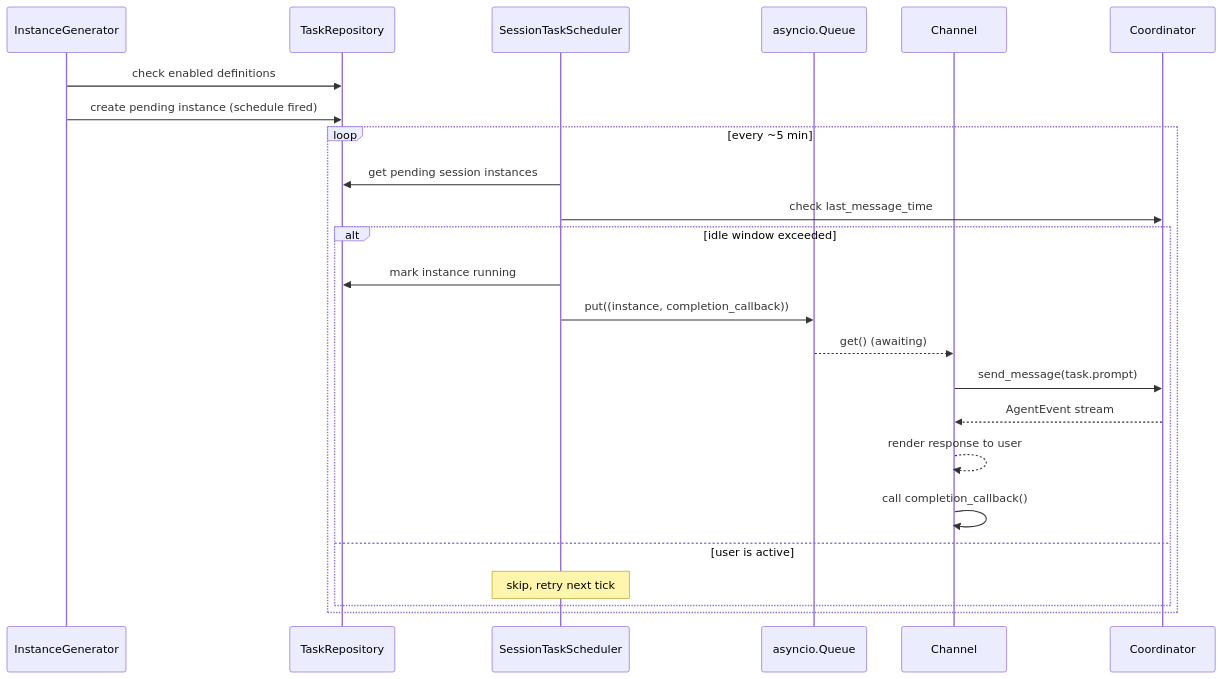
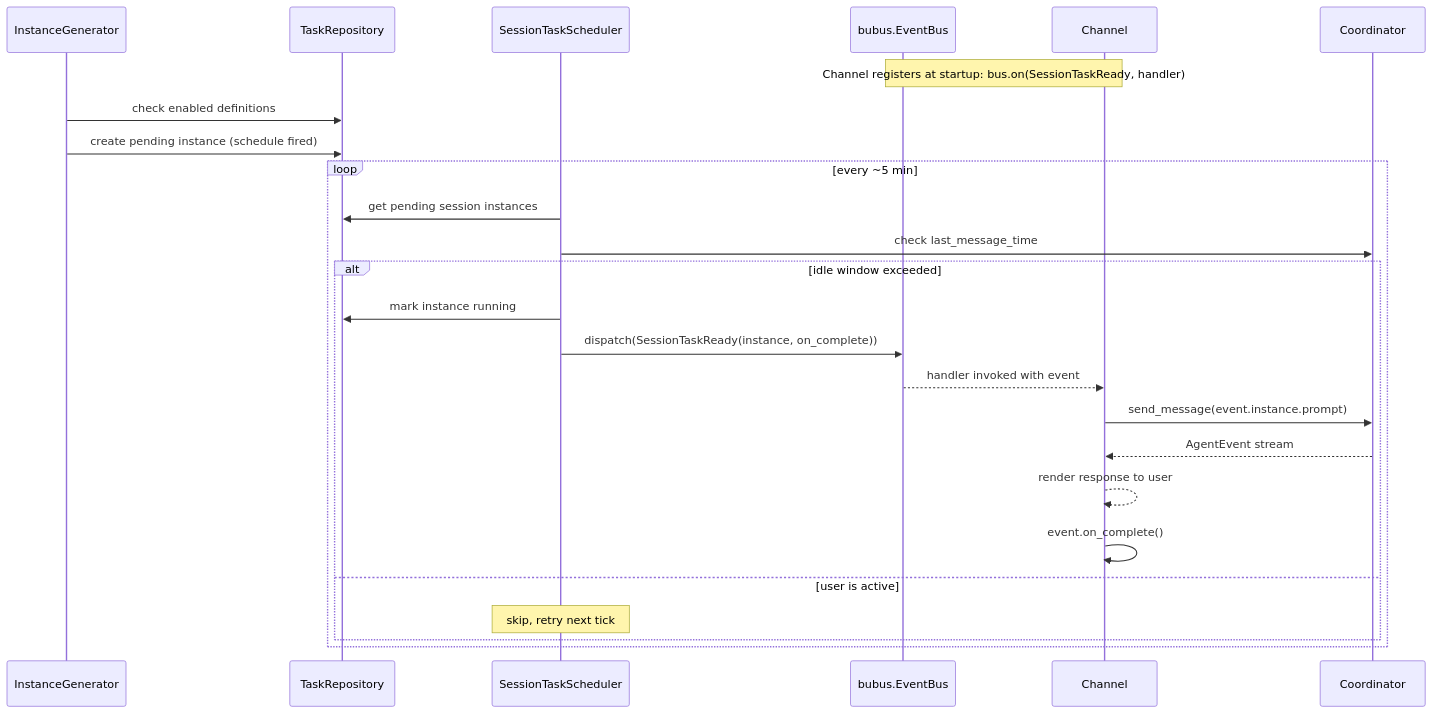
Before and after one commit to asermax/tachikoma: the second of 5 diagrams in docs/delta-designs/DLT-010.md, drawn with Mermaid. The commit also changed other lines of this file, not shown here.

First line of the commit message:
docs(tasks): refine design to use bubus event bus

````diff
--- a/docs/delta-designs/DLT-010.md
+++ b/docs/delta-designs/DLT-010.md
@@ -139,28 +144,30 @@
 ```mermaid
 sequenceDiagram
     participant Gen as InstanceGenerator
     participant Repo as TaskRepository
     participant Sched as SessionTaskScheduler
-    participant Queue as asyncio.Queue
+    participant Bus as bubus.EventBus
     participant Channel
     participant Coord as Coordinator
+
+    Note over Channel,Bus: Channel registers at startup: bus.on(SessionTaskReady, handler)
 
     Gen->>Repo: check enabled definitions
     Gen->>Repo: create pending instance (schedule fired)
 
     loop every ~5 min
         Sched->>Repo: get pending session instances
         Sched->>Coord: check last_message_time
         alt idle window exceeded
             Sched->>Repo: mark instance running
-            Sched->>Queue: put((instance, completion_callback))
-            Queue-->>Channel: get() (awaiting)
-            Channel->>Coord: send_message(task.prompt)
+            Sched->>Bus: dispatch(SessionTaskReady(instance, on_complete))
+            Bus-->>Channel: handler invoked with event
+            Channel->>Coord: send_message(event.instance.prompt)
             Coord-->>Channel: AgentEvent stream
             Channel-->>Channel: render response to user
-            Channel->>Channel: call completion_callback()
+            Channel->>Channel: event.on_complete()
         else user is active
             Note over Sched: skip, retry next tick
         end
     end
 ```
````
